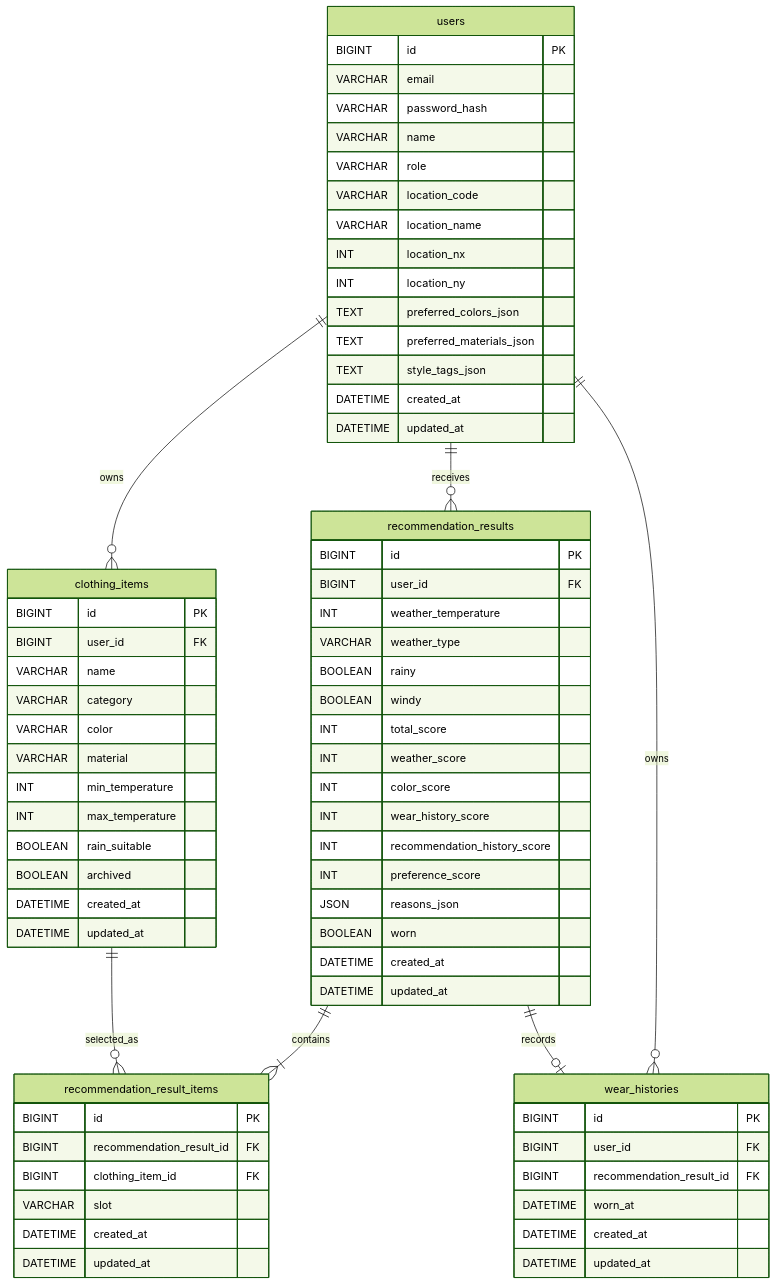
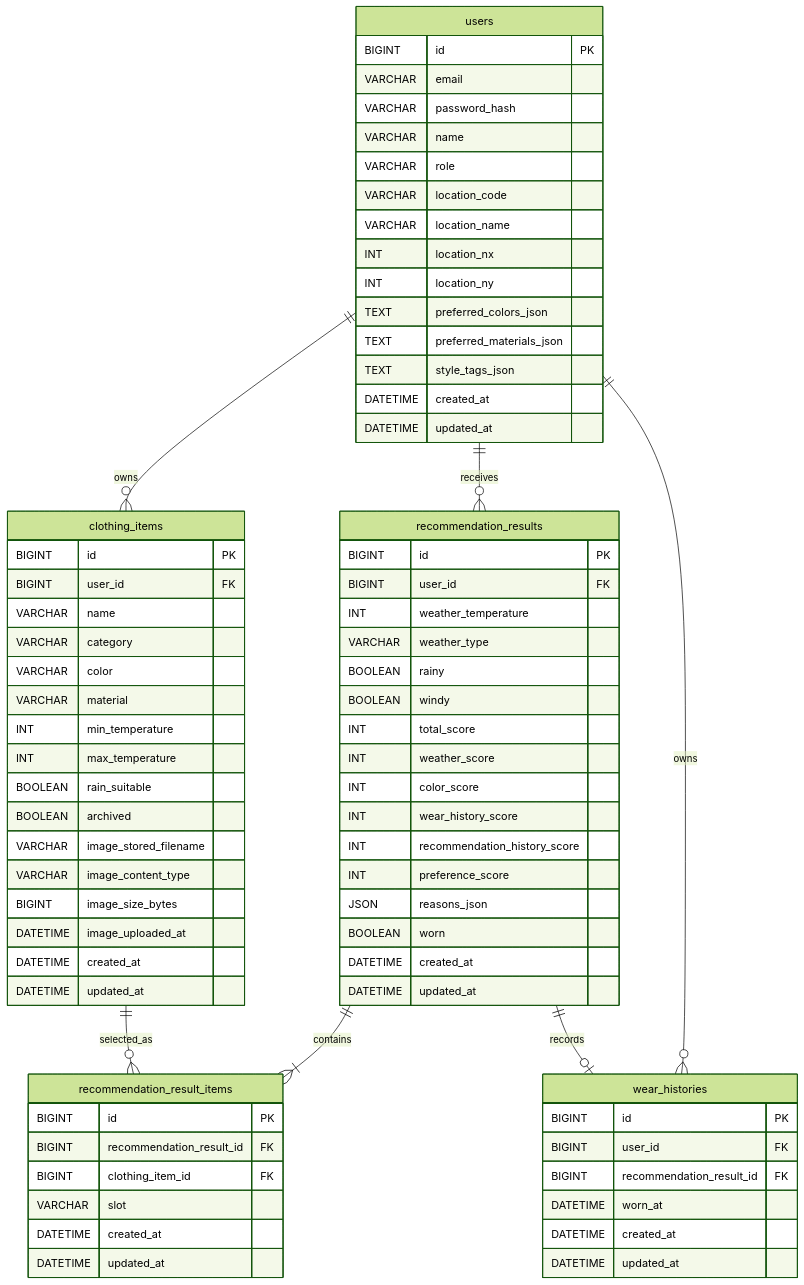
The diagram in docs/ERD.md (vanilalatte03/SmartCloset-v2), drawn with Mermaid (forest theme) before and after one commit. The commit also changed other lines of this file and 30 other files, not shown here.

````diff
--- a/docs/ERD.md
+++ b/docs/ERD.md
@@ -37,78 +30,82 @@
 ```mermaid
 erDiagram
   users ||--o{ clothing_items : owns
   users ||--o{ recommendation_results : receives
   recommendation_results ||--|{ recommendation_result_items : contains
   clothing_items ||--o{ recommendation_result_items : selected_as
   recommendation_results ||--o| wear_histories : records
   users ||--o{ wear_histories : owns
 
   users {
     BIGINT id PK
     VARCHAR email
     VARCHAR password_hash
     VARCHAR name
     VARCHAR role
     VARCHAR location_code
     VARCHAR location_name
     INT location_nx
     INT location_ny
     TEXT preferred_colors_json
     TEXT preferred_materials_json
     TEXT style_tags_json
     DATETIME created_at
     DATETIME updated_at
   }
 
   clothing_items {
     BIGINT id PK
     BIGINT user_id FK
     VARCHAR name
     VARCHAR category
     VARCHAR color
     VARCHAR material
     INT min_temperature
     INT max_temperature
     BOOLEAN rain_suitable
     BOOLEAN archived
+    VARCHAR image_stored_filename
+    VARCHAR image_content_type
+    BIGINT image_size_bytes
+    DATETIME image_uploaded_at
     DATETIME created_at
     DATETIME updated_at
   }
 
   recommendation_results {
     BIGINT id PK
     BIGINT user_id FK
     INT weather_temperature
     VARCHAR weather_type
     BOOLEAN rainy
     BOOLEAN windy
     INT total_score
     INT weather_score
     INT color_score
     INT wear_history_score
     INT recommendation_history_score
     INT preference_score
     JSON reasons_json
     BOOLEAN worn
     DATETIME created_at
     DATETIME updated_at
   }
 
   recommendation_result_items {
     BIGINT id PK
     BIGINT recommendation_result_id FK
     BIGINT clothing_item_id FK
     VARCHAR slot
     DATETIME created_at
     DATETIME updated_at
   }
 
   wear_histories {
     BIGINT id PK
     BIGINT user_id FK
     BIGINT recommendation_result_id FK
     DATETIME worn_at
     DATETIME created_at
     DATETIME updated_at
   }
 ```
````
